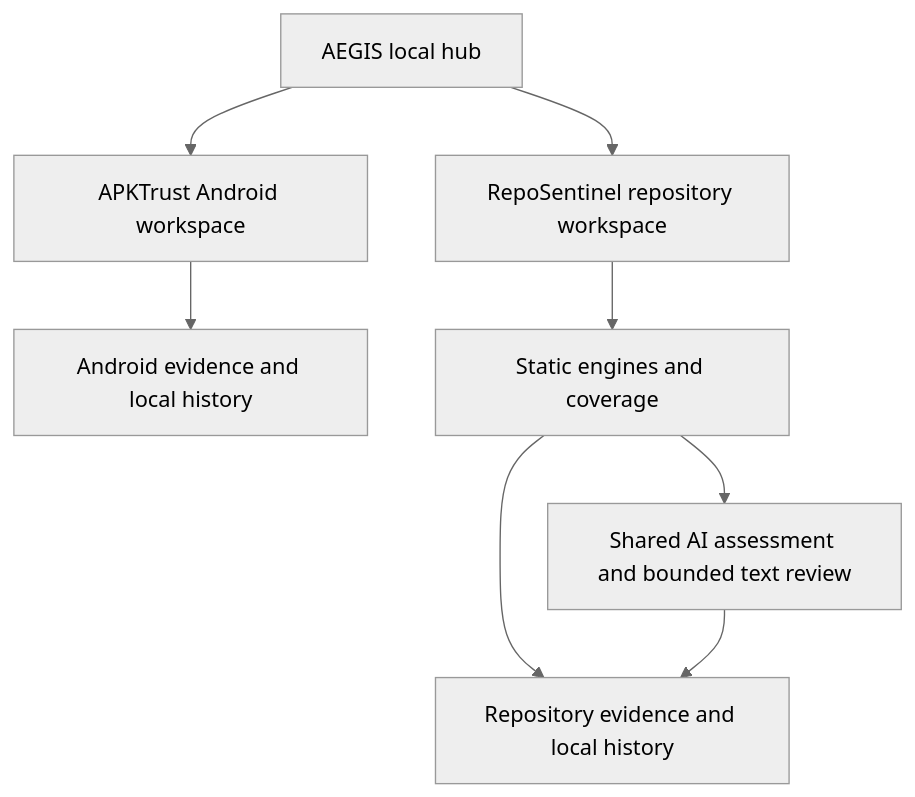
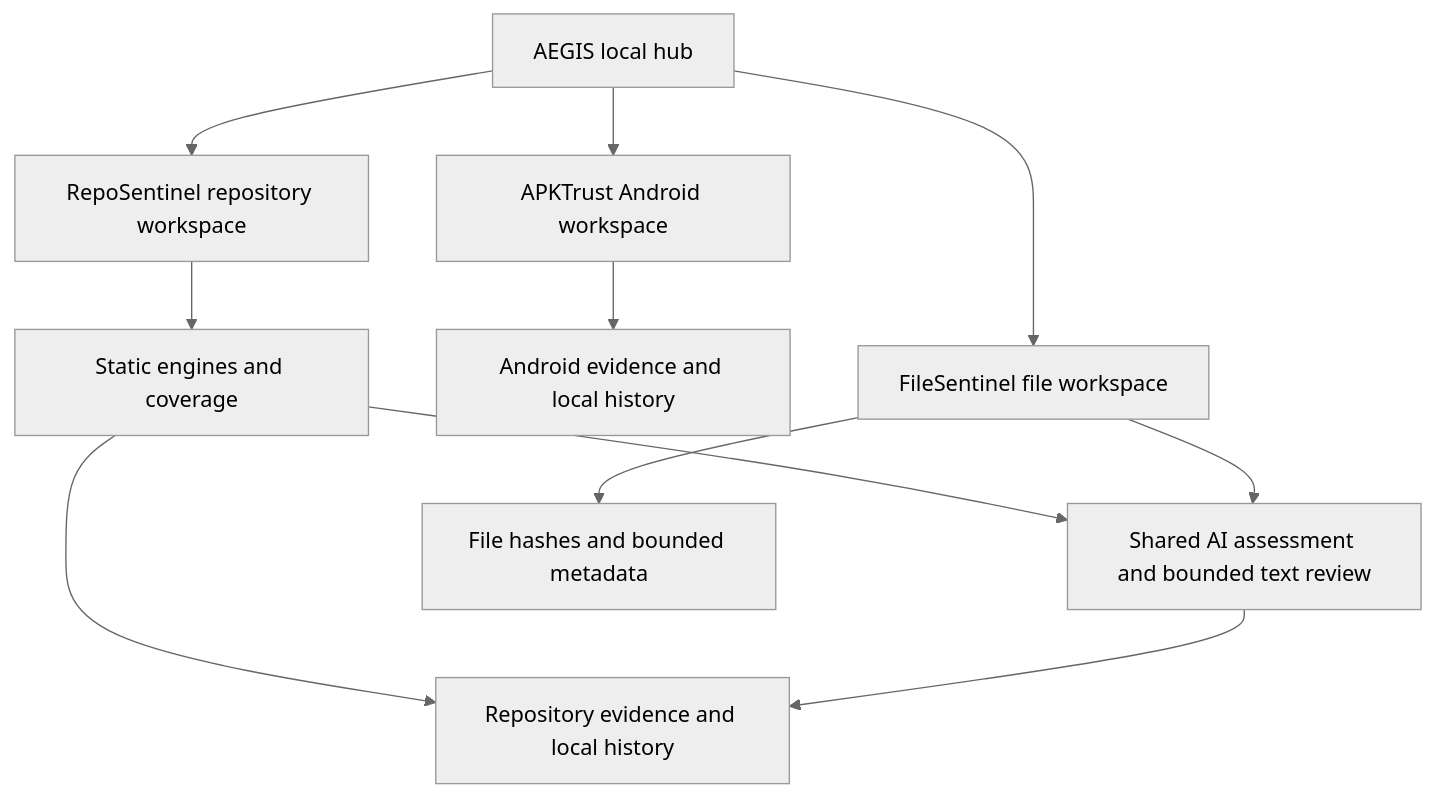
Before and after one commit to CocoShesh/AEGIS: the diagram in README.md, drawn with Mermaid (neutral theme). The commit also changed other lines of this file and 11 other files, not shown here.

Commit message:
Add FileSentinel metadata triage workspace

````diff
--- a/README.md
+++ b/README.md
@@ -21,10 +22,13 @@
 ```mermaid
 flowchart TD
     A[AEGIS local hub] --> B[APKTrust Android workspace]
     A --> C[RepoSentinel repository workspace]
+    A --> H[FileSentinel file workspace]
     B --> D[Android evidence and local history]
     C --> E[Static engines and coverage]
     E --> F[Shared AI assessment and bounded text review]
     E --> G[Repository evidence and local history]
     F --> G
+    H --> I[File hashes and bounded metadata]
+    H --> F
 ```
````
